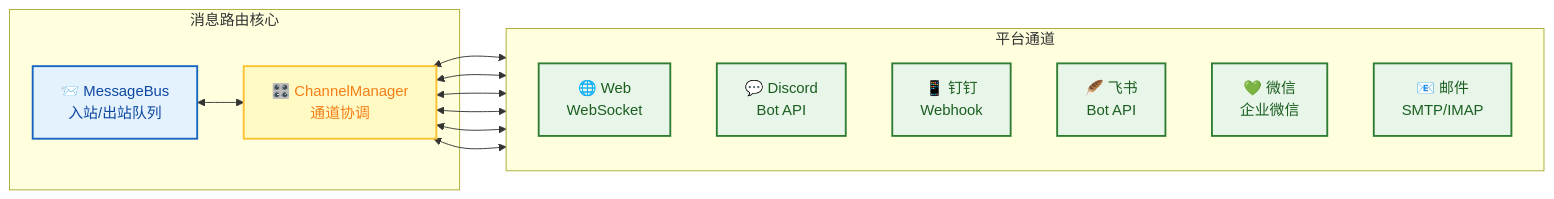
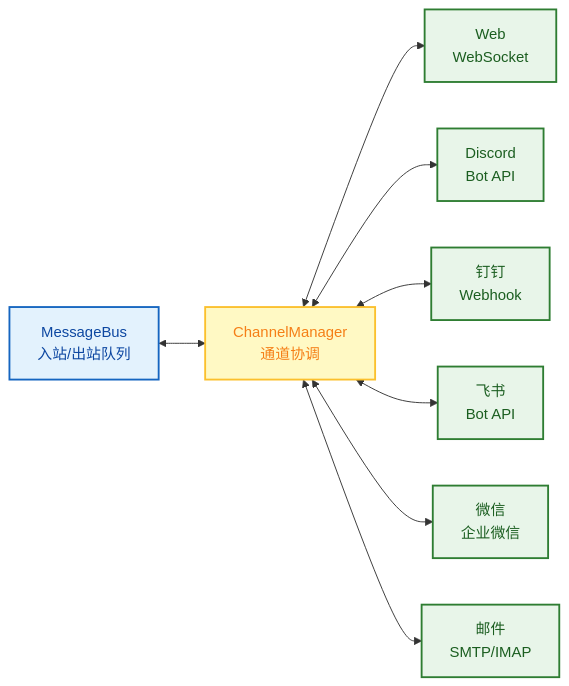
Before and after one commit to xt765/FinchBot: the seventh of 10 diagrams in docs/zh-CN/architecture.md, drawn with Mermaid. The commit also changed other lines of this file and 18 other files, not shown here.

First line of the commit message:
docs: 简化架构图并删除所有mermaid图中的表情包

````diff
--- a/docs/zh-CN/architecture.md
+++ b/docs/zh-CN/architecture.md
@@ -648,26 +570,19 @@
 ```mermaid
 flowchart LR
-    %% 样式定义
     classDef bus fill:#e3f2fd,stroke:#1565c0,stroke-width:2px,color:#0d47a1;
     classDef manager fill:#fff9c4,stroke:#fbc02d,stroke-width:2px,color:#f57f17;
     classDef channel fill:#e8f5e9,stroke:#2e7d32,stroke-width:2px,color:#1b5e20;
 
-    subgraph Core [消息路由核心]
-        Bus[📨 MessageBus<br/>入站/出站队列]:::bus
-        CM[🎛️ ChannelManager<br/>通道协调]:::manager
-    end
+    Bus[MessageBus<br/>入站/出站队列]:::bus
+    CM[ChannelManager<br/>通道协调]:::manager
 
-    subgraph Platforms [平台通道]
-        direction TB
-        Web[🌐 Web<br/>WebSocket]
-        Discord[💬 Discord<br/>Bot API]
-        DingTalk[📱 钉钉<br/>Webhook]
-        Feishu[🪶 飞书<br/>Bot API]
-        WeChat[💚 微信<br/>企业微信]
-        Email[📧 邮件<br/>SMTP/IMAP]
-    end
-    class Web,Discord,DingTalk,Feishu,WeChat,Email channel
+    Web[Web<br/>WebSocket]:::channel
+    Discord[Discord<br/>Bot API]:::channel
+    DingTalk[钉钉<br/>Webhook]:::channel
+    Feishu[飞书<br/>Bot API]:::channel
+    WeChat[微信<br/>企业微信]:::channel
+    Email[邮件<br/>SMTP/IMAP]:::channel
 
     Bus <--> CM
     CM <--> Web & Discord & DingTalk & Feishu & WeChat & Email
 ```
````
